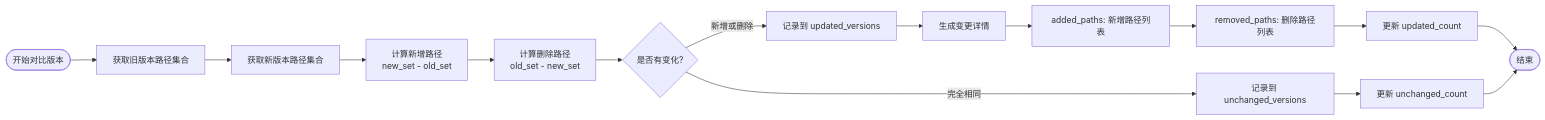
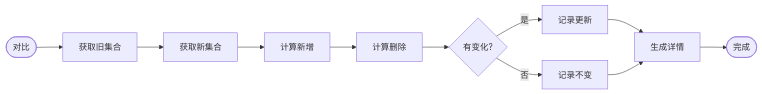
Before and after one commit to weihang1258/dpiAutoExcel: diagram 30 of 42 in 逻辑流程文档.md, drawn with Mermaid. The commit also changed other lines of this file and 1 other file, not shown here.

First line of the commit message:
docs: 进一步优化流程图，统一字体大小和布局

````diff
--- a/逻辑流程文档.md
+++ b/逻辑流程文档.md
@@ -869,22 +841,13 @@
 ```mermaid
 graph LR
-    Start([开始对比版本]) --> A[获取旧版本路径集合]
-    A --> B[获取新版本路径集合]
-
-    B --> C[计算新增路径<br/>new_set - old_set]
-    C --> D[计算删除路径<br/>old_set - new_set]
-
-    D --> E{是否有变化?}
-    E -->|新增或删除| F[记录到 updated_versions]
-    E -->|完全相同| G[记录到 unchanged_versions]
-
-    F --> H[生成变更详情]
-    H --> I[added_paths: 新增路径列表]
-    I --> J[removed_paths: 删除路径列表]
-    J --> K[更新 updated_count]
-
-    G --> L[更新 unchanged_count]
-
-    K --> End([结束])
-    L --> End
+    Start([对比]) --> A[获取旧集合]
+    A --> B[获取新集合]
+    B --> C[计算新增]
+    C --> D[计算删除]
+    D --> E{有变化?}
+    E -->|是| F[记录更新]
+    E -->|否| G[记录不变]
+    F --> H[生成详情]
+    G --> H
+    H --> End([完成])
 ```
````
